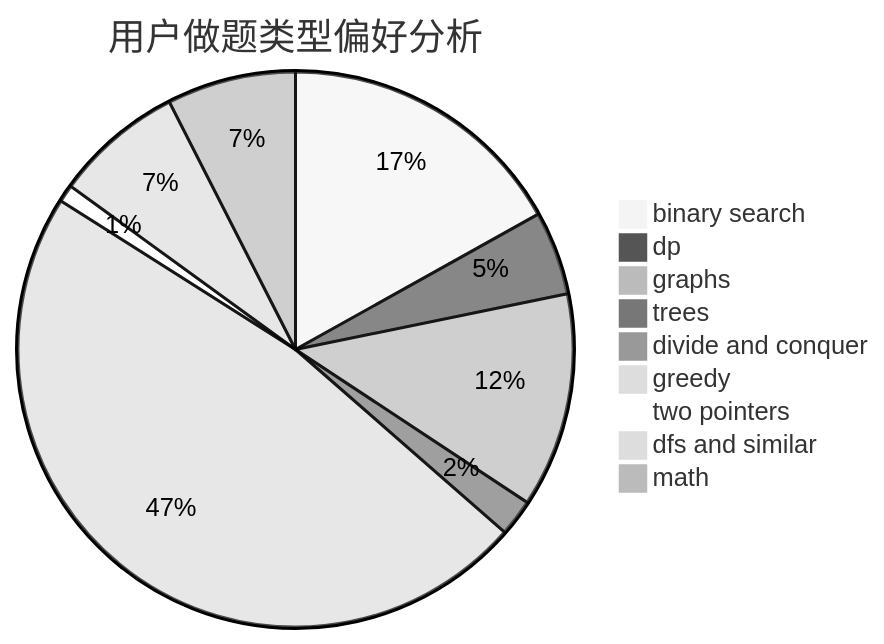
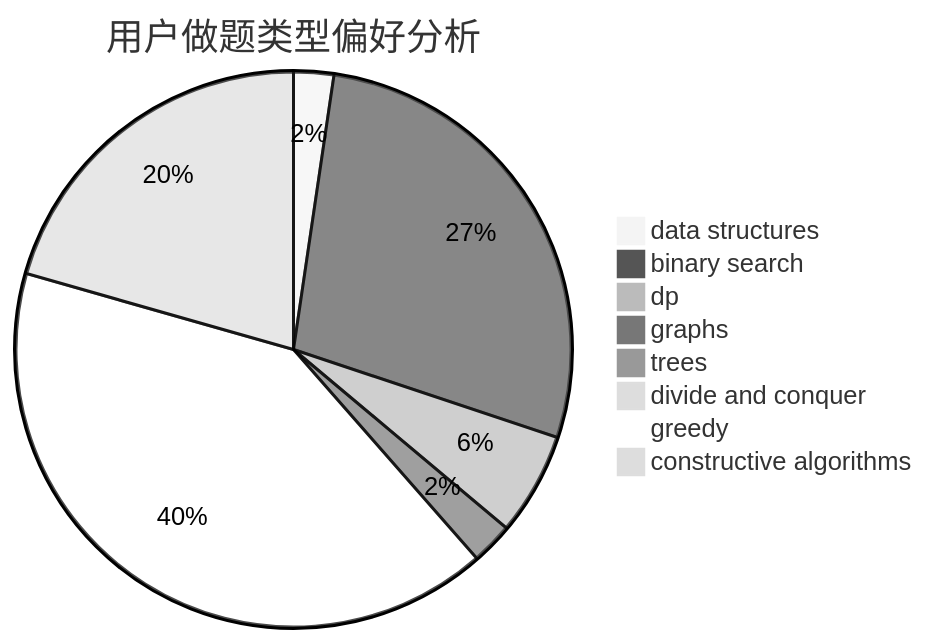
The second of 3 diagrams in docs/user/u1439.md (sherpahu/cfrs.github.io), drawn with Mermaid (neutral theme) before and after one commit. The commit also changed other lines of this file and 2775 other files, not shown here.

````diff
--- a/docs/user/u1439.md
+++ b/docs/user/u1439.md
@@ -23,12 +23,11 @@
 ```mermaid
 pie title 用户做题类型偏好分析
-    "binary search" :  284
-    "dp" :  82
-    "graphs" :  210
-    "trees" :  36
+    "data structures" :  23
+    "binary search" :  274
+    "dp" :  59
+    "graphs" :  24
+    "trees" :  8
     "divide and conquer" :  4
-    "greedy" :  799
-    "two pointers" :  17
-    "dfs and similar" :  126
-    "math" :  126
+    "greedy" :  403
+    "constructive algorithms" :  203
 ```
````
